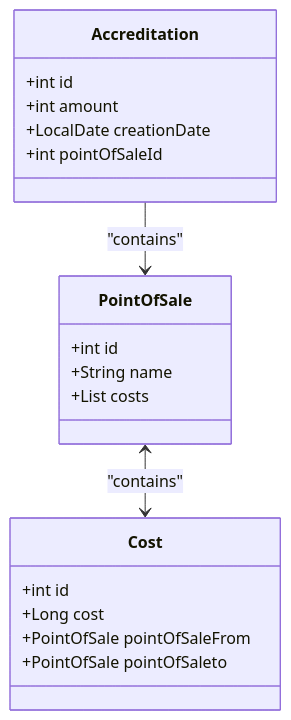
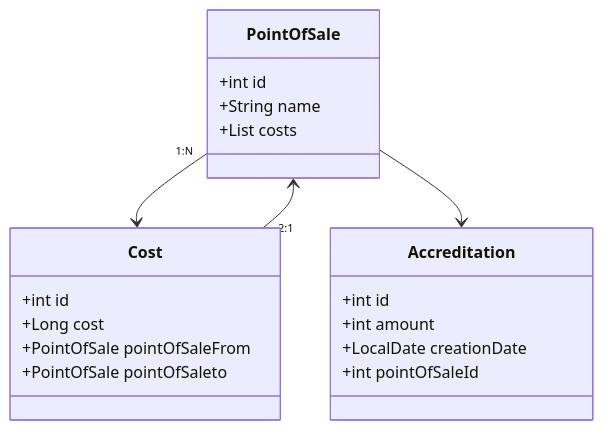
One commit to Ramiro-Rodriguez-Acc/java-challenge changed the diagram in README.md. Above: the diagram before and after it, drawn with Mermaid.

````diff
--- a/README.md
+++ b/README.md
@@ -3,23 +3,24 @@
 ```mermaid
 classDiagram
 class PointOfSale {
     +int id
     +String name
     +List<Cost> costs
     }
 class Cost {
     +int id
     +Long cost
     +PointOfSale pointOfSaleFrom
     +PointOfSale pointOfSaleto
     }
 class Accreditation {
     +int id
     +int amount
     +LocalDate creationDate
     +int pointOfSaleId
     }
 
-    PointOfSale <--> Cost : "contains"
-    Accreditation --> PointOfSale : "contains"
+    PointOfSale "1:N" --> Cost : 
+    PointOfSale --> Accreditation : 
+    Cost "2:1" --> PointOfSale :  
 ```
````
